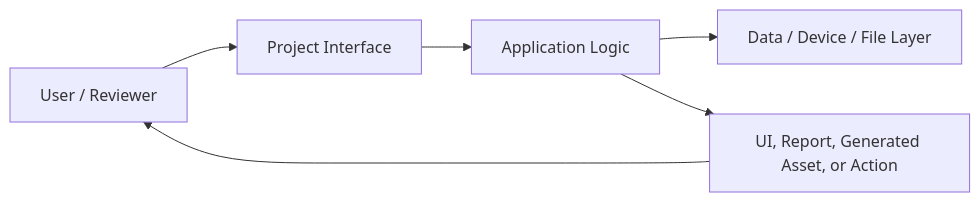
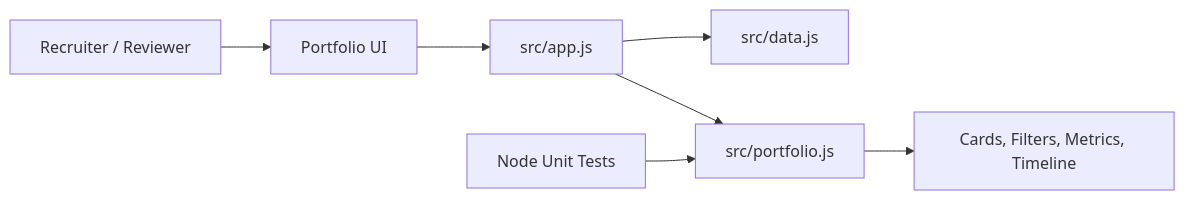
The first of 3 diagrams in docs/ARCHITECTURE.md (bhedanikhilkumar-code/Bheda-Nikhilkumar-portfolio), drawn with Mermaid before and after one commit. The commit also changed other lines of this file and 14 other files, not shown here.

````diff
--- a/docs/ARCHITECTURE.md
+++ b/docs/ARCHITECTURE.md
@@ -11,8 +9,9 @@
 ```mermaid
 flowchart LR
-    User[User / Reviewer] --> Interface[Project Interface]
-    Interface --> Logic[Application Logic]
-    Logic --> Data[Data / Device / File Layer]
-    Logic --> Output[UI, Report, Generated Asset, or Action]
-    Output --> User
+    Visitor[Recruiter / Reviewer] --> UI[Portfolio UI]
+    UI --> App[src/app.js]
+    App --> Data[src/data.js]
+    App --> Helpers[src/portfolio.js]
+    Helpers --> Output[Cards, Filters, Metrics, Timeline]
+    Tests[Node Unit Tests] --> Helpers
 ```
````
